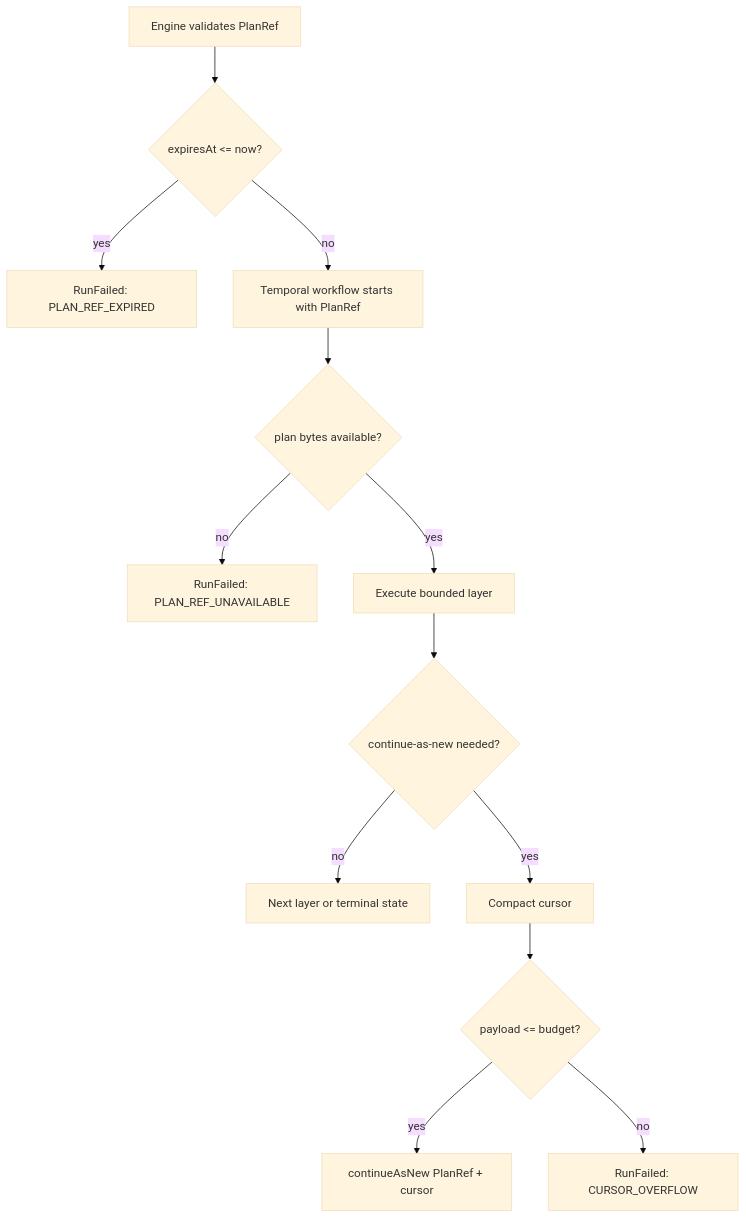
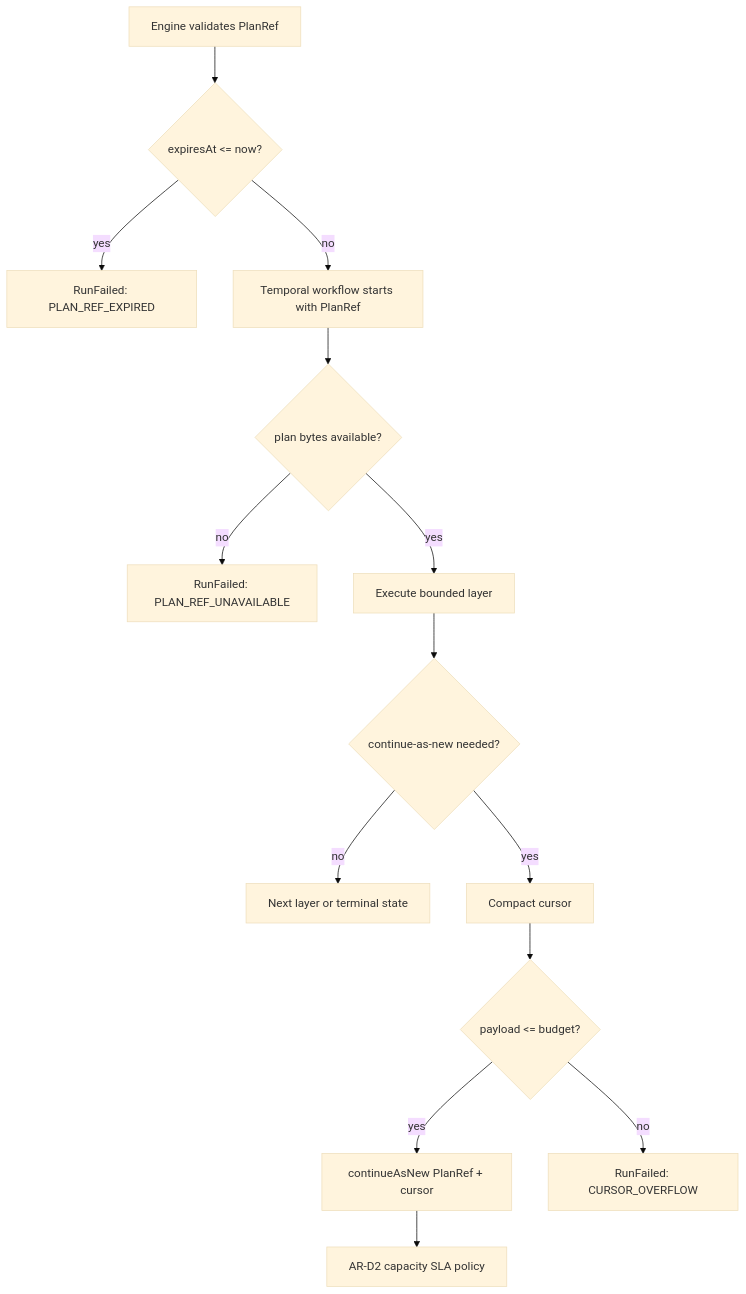
One commit to dunay2/dvt changed the diagram in docs/architecture/components/engine/adapters/temporal/temporal-planref-workflow-boundary-user-stories.md. Above: the diagram before and after it, drawn with Mermaid (base theme). The commit also changed other lines of this file and 15 other files, not shown here.

Commit message:
feat(temporal): Add PlanRef capacity SLA policy

````diff
--- a/docs/architecture/components/engine/adapters/temporal/temporal-planref-workflow-boundary-user-stories.md
+++ b/docs/architecture/components/engine/adapters/temporal/temporal-planref-workflow-boundary-user-stories.md
@@ -107,15 +130,16 @@
 ```mermaid
 flowchart TD
   Engine["Engine validates PlanRef"] --> Expired{"expiresAt <= now?"}
   Expired -->|yes| ExpiredFail["RunFailed: PLAN_REF_EXPIRED"]
   Expired -->|no| Workflow["Temporal workflow starts with PlanRef"]
   Workflow --> Segment{"plan bytes available?"}
   Segment -->|no| Unavailable["RunFailed: PLAN_REF_UNAVAILABLE"]
   Segment -->|yes| Layer["Execute bounded layer"]
   Layer --> Rollover{"continue-as-new needed?"}
   Rollover -->|no| Next["Next layer or terminal state"]
   Rollover -->|yes| Compact["Compact cursor"]
   Compact --> Budget{"payload <= budget?"}
   Budget -->|yes| Continue["continueAsNew PlanRef + cursor"]
   Budget -->|no| Overflow["RunFailed: CURSOR_OVERFLOW"]
+  Continue --> Capacity["AR-D2 capacity SLA policy"]
 ```
````
